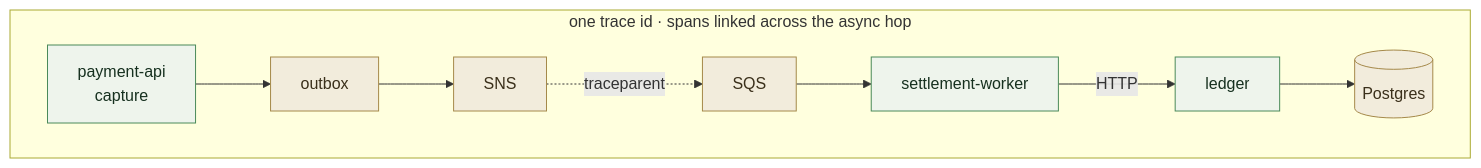
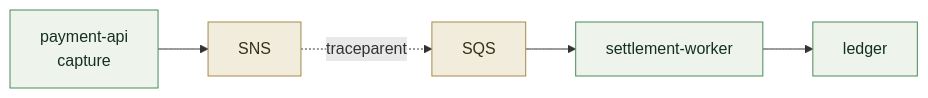
Before and after one commit to marciomarinho/paylane: the second of 2 diagrams in README.md, drawn with Mermaid. The commit also changed other lines of this file, not shown here.

Commit message:
docs: simplify the trace diagram
Drop the subgraph frame and trim to the essential chain
(payment-api -> SNS -> SQS -> settlement-worker -> ledger) with the
async boundary marked by a dashed traceparent hop.

````diff
--- a/README.md
+++ b/README.md
@@ -193,17 +193,9 @@
 ```mermaid
 flowchart LR
-    subgraph trace["one trace id · spans linked across the async hop"]
-      direction LR
-      cap["payment-api<br/>capture"]:::svc
-      ob["outbox"]:::infra
-      sns["SNS"]:::infra
-      sqs["SQS"]:::infra
-      sw["settlement-worker"]:::svc
-      lg["ledger"]:::svc
-      pg[("Postgres")]:::infra
-      cap --> ob --> sns -. "traceparent" .-> sqs --> sw -->|"HTTP"| lg --> pg
-    end
+    cap["payment-api<br/>capture"]:::svc --> sns["SNS"]:::infra
+    sns -. "traceparent" .-> sqs["SQS"]:::infra
+    sqs --> sw["settlement-worker"]:::svc --> lg["ledger"]:::svc
 
     classDef svc fill:#eef4ec,stroke:#4a8a5a,color:#16301f;
     classDef infra fill:#f2ecdc,stroke:#a5894a,color:#3a2f1a;
 ```
````
